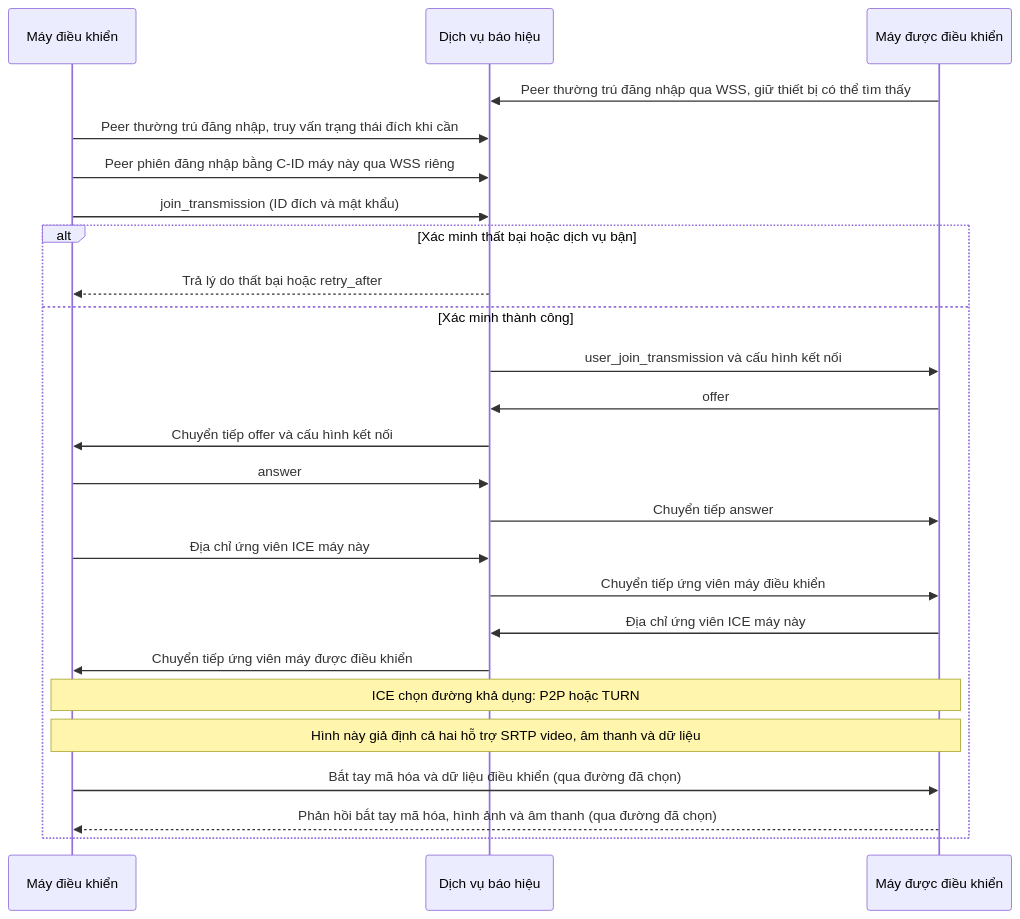
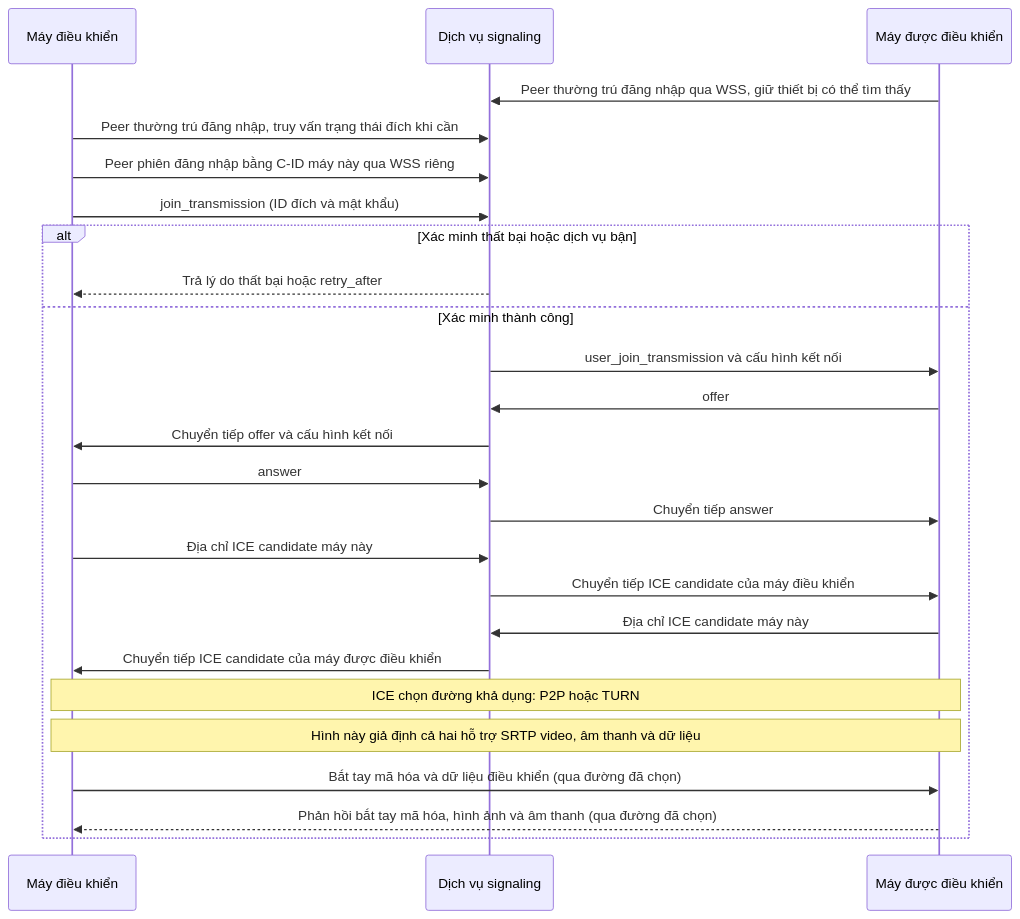
The second of 5 diagrams in docs/connection-architecture.md (thuongtin/crossdesk), drawn with Mermaid before and after one commit. The commit also changed other lines of this file and 40 other files, not shown here.

````diff
--- a/docs/connection-architecture.md
+++ b/docs/connection-architecture.md
@@ -51,27 +51,27 @@
 ```mermaid
 sequenceDiagram
     participant C as Máy điều khiển
-    participant S as Dịch vụ báo hiệu
+    participant S as Dịch vụ signaling
     participant H as Máy được điều khiển
     H->>S: Peer thường trú đăng nhập qua WSS, giữ thiết bị có thể tìm thấy
     C->>S: Peer thường trú đăng nhập, truy vấn trạng thái đích khi cần
     C->>S: Peer phiên đăng nhập bằng C-ID máy này qua WSS riêng
     C->>S: join_transmission (ID đích và mật khẩu)
     alt Xác minh thất bại hoặc dịch vụ bận
         S-->>C: Trả lý do thất bại hoặc retry_after
     else Xác minh thành công
         S->>H: user_join_transmission và cấu hình kết nối
         H->>S: offer
         S->>C: Chuyển tiếp offer và cấu hình kết nối
         C->>S: answer
         S->>H: Chuyển tiếp answer
-        C->>S: Địa chỉ ứng viên ICE máy này
-        S->>H: Chuyển tiếp ứng viên máy điều khiển
-        H->>S: Địa chỉ ứng viên ICE máy này
-        S->>C: Chuyển tiếp ứng viên máy được điều khiển
+        C->>S: Địa chỉ ICE candidate máy này
+        S->>H: Chuyển tiếp ICE candidate của máy điều khiển
+        H->>S: Địa chỉ ICE candidate máy này
+        S->>C: Chuyển tiếp ICE candidate của máy được điều khiển
         Note over C,H: ICE chọn đường khả dụng: P2P hoặc TURN
         Note over C,H: Hình này giả định cả hai hỗ trợ SRTP video, âm thanh và dữ liệu
         C->>H: Bắt tay mã hóa và dữ liệu điều khiển (qua đường đã chọn)
         H-->>C: Phản hồi bắt tay mã hóa, hình ảnh và âm thanh (qua đường đã chọn)
     end
 ```
````
